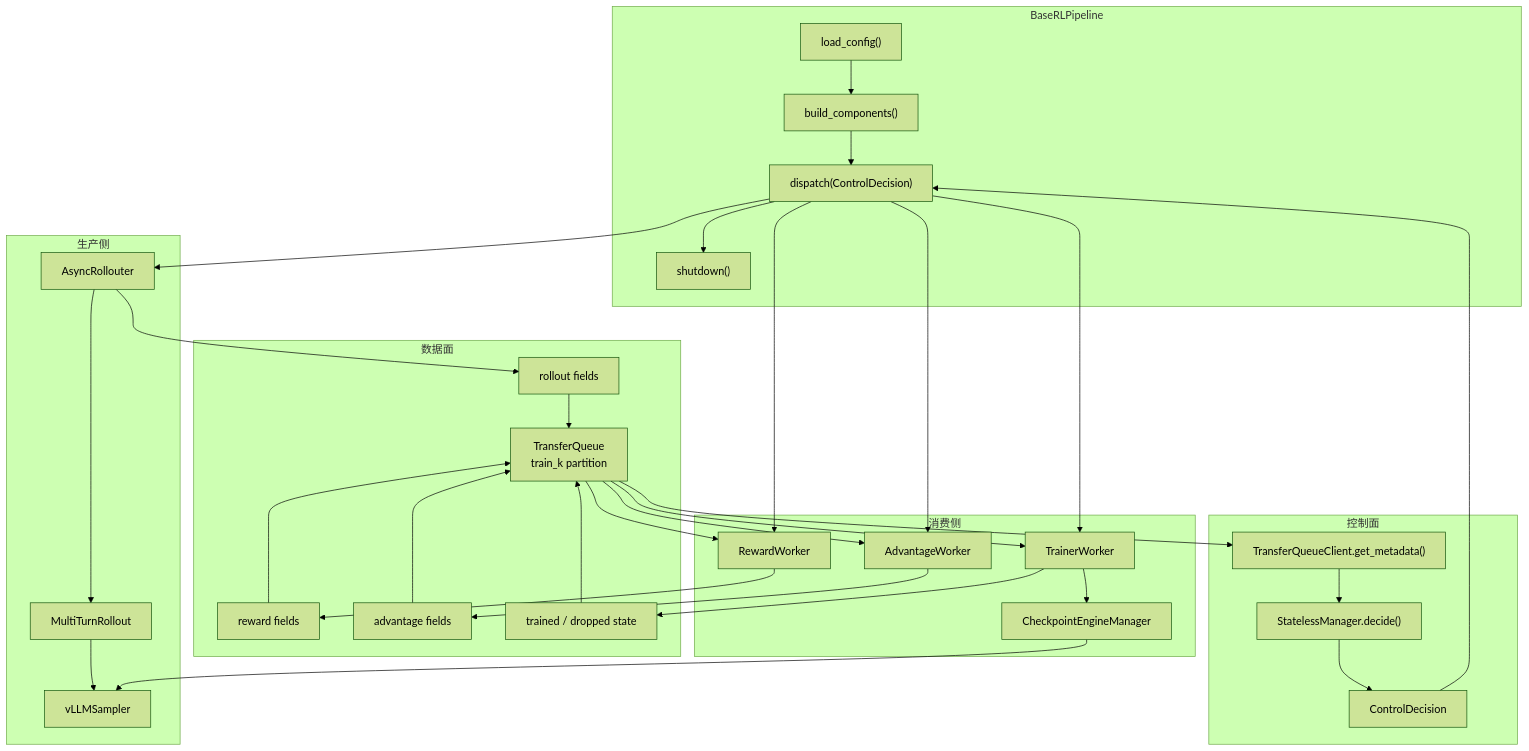
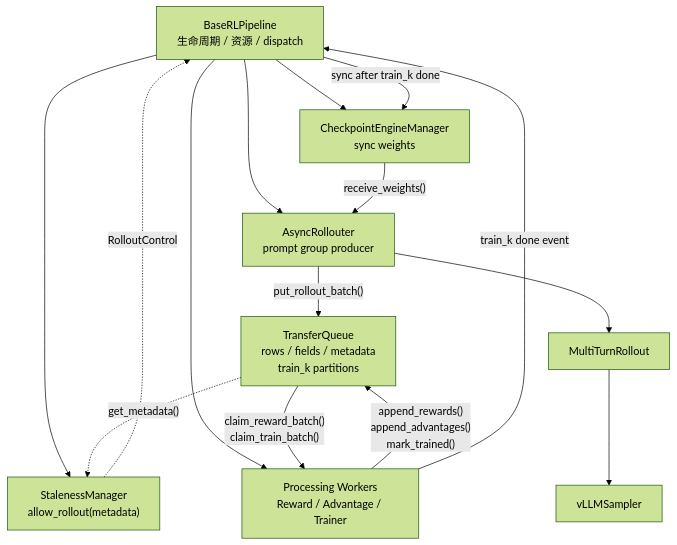
One commit to meichangsu1/twinkle changed the second of 6 diagrams in docs/source_zh/组件/Gym/Async-Agentic-RL-Spec-v2.md. Above: the diagram before and after it, drawn with Mermaid (forest theme). The commit also changed other lines of this file and 2 other files, not shown here.

````diff
--- a/docs/source_zh/组件/Gym/Async-Agentic-RL-Spec-v2.md
+++ b/docs/source_zh/组件/Gym/Async-Agentic-RL-Spec-v2.md
@@ -156,55 +170,20 @@
 ```mermaid
 flowchart TB
-    subgraph Driver["BaseRLPipeline"]
-        Config["load_config()"]
-        Build["build_components()"]
-        Dispatch["dispatch(ControlDecision)"]
-        Lifecycle["shutdown()"]
-    end
+    Pipeline["BaseRLPipeline<br/>生命周期 / 资源 / dispatch"] --> Manager["StalenessManager<br/>allow_rollout(metadata)"]
+    Pipeline --> Rollouter["AsyncRollouter<br/>prompt group producer"]
+    Pipeline --> Processor["Processing Workers<br/>Reward / Advantage / Trainer"]
+    Pipeline --> Checkpoint["CheckpointEngineManager<br/>sync weights"]
 
-    subgraph ControlPlane["控制面"]
-        TQMeta["TransferQueueClient.get_metadata()"]
-        Manager["StatelessManager.decide()"]
-        Decision["ControlDecision"]
-    end
+    TQ["TransferQueue<br/>rows / fields / metadata<br/>train_k partitions"] -. "get_metadata()" .-> Manager
+    Manager -. "RolloutControl" .-> Pipeline
 
-    subgraph Producers["生产侧"]
-        Rollouter["AsyncRollouter"]
-        Rollout["MultiTurnRollout"]
-        Sampler["vLLMSampler"]
-    end
+    Rollouter -->|"put_rollout_batch()"| TQ
+    TQ -->|"claim_reward_batch()<br/>claim_train_batch()"| Processor
+    Processor -->|"append_rewards()<br/>append_advantages()<br/>mark_trained()"| TQ
+    Processor -->|"train_k done event"| Pipeline
+    Pipeline -->|"sync after train_k done"| Checkpoint
+    Checkpoint -->|"receive_weights()"| Rollouter
 
-    subgraph DataPlane["数据面"]
-        TQ["TransferQueue<br/>train_k partition"]
-        RolloutFields["rollout fields"]
-        RewardFields["reward fields"]
-        AdvantageFields["advantage fields"]
-        TrainState["trained / dropped state"]
-    end
-
-    subgraph Consumers["消费侧"]
-        RewardWorker["RewardWorker"]
-        AdvantageWorker["AdvantageWorker"]
-        TrainerWorker["TrainerWorker"]
-        Ckpt["CheckpointEngineManager"]
-    end
-
-    Config --> Build --> Dispatch
-    TQ --> TQMeta --> Manager --> Decision --> Dispatch
-
-    Dispatch --> Rollouter
-    Rollouter --> Rollout --> Sampler
-    Rollouter --> RolloutFields --> TQ
-
-    Dispatch --> RewardWorker
-    TQ --> RewardWorker --> RewardFields --> TQ
-
-    Dispatch --> AdvantageWorker
-    TQ --> AdvantageWorker --> AdvantageFields --> TQ
-
-    Dispatch --> TrainerWorker
-    TQ --> TrainerWorker --> TrainState --> TQ
-    TrainerWorker --> Ckpt --> Sampler
-
-    Dispatch --> Lifecycle
+    Rollouter --> Rollout["MultiTurnRollout"]
+    Rollout --> Sampler["vLLMSampler"]
 ```
````
